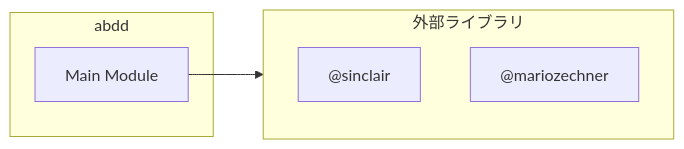
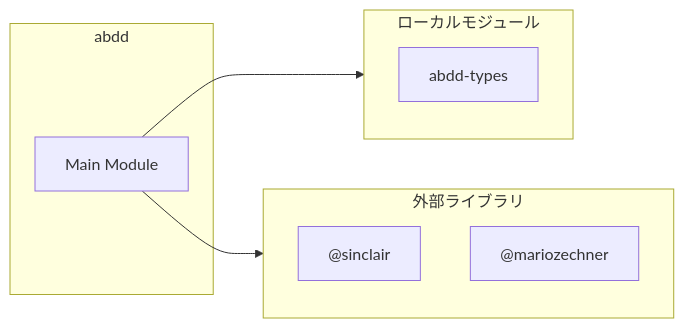
One commit to Mekann2904/mekann changed the seventh of 7 diagrams in ABDD/.pi/extensions/abdd.md. Above: the diagram before and after it, drawn with Mermaid. The commit also changed other lines of this file and 160 other files, not shown here.

````diff
--- a/ABDD/.pi/extensions/abdd.md
+++ b/ABDD/.pi/extensions/abdd.md
@@ -194,11 +220,15 @@
 ```mermaid
 flowchart LR
   subgraph this[abdd]
     main[Main Module]
   end
+  subgraph local[ローカルモジュール]
+    abdd_types["abdd-types"]
+  end
+  main --> local
   subgraph external[外部ライブラリ]
     _sinclair["@sinclair"]
     _mariozechner["@mariozechner"]
   end
   main --> external
 ```
````
